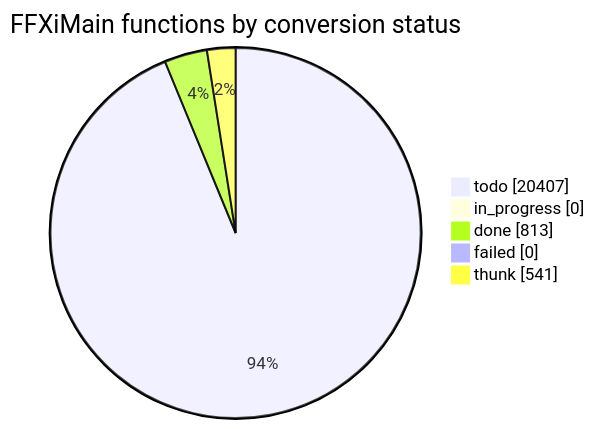
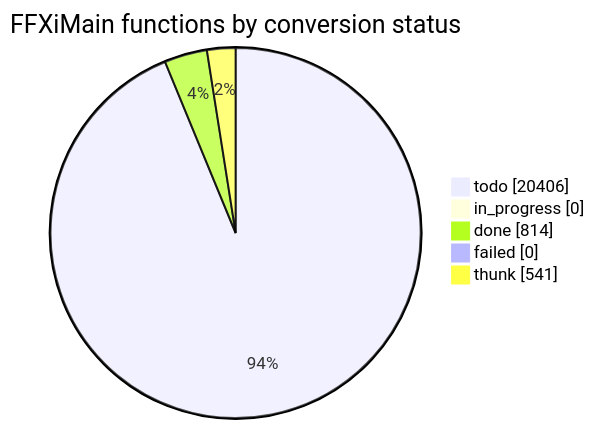
One commit to cowrevenge/cow_kuluu_xi_anything changed the diagram in docs/cow/STATUS.md. Above: the diagram before and after it, drawn with Mermaid. The commit also changed other lines of this file and 9 other files, not shown here.

````diff
--- a/docs/cow/STATUS.md
+++ b/docs/cow/STATUS.md
@@ -18,9 +18,9 @@
 ```mermaid
 pie showData
     title FFXiMain functions by conversion status
-    "todo" : 20407
+    "todo" : 20406
     "in_progress" : 0
-    "done" : 813
+    "done" : 814
     "failed" : 0
     "thunk" : 541
 ```
````
